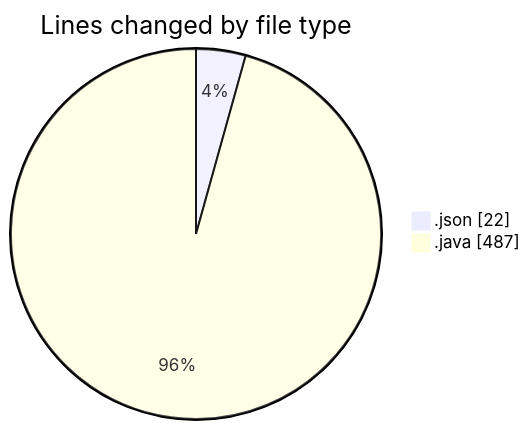
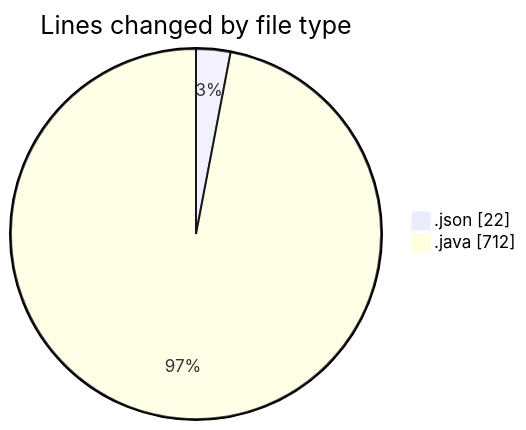
The first of 2 diagrams in 2025-02-23/codepack/README.md (charlie-sans/code-tracking), drawn with Mermaid before and after one commit. The commit also changed other lines of this file and 1 other file, not shown here.

````diff
--- a/2025-02-23/codepack/README.md
+++ b/2025-02-23/codepack/README.md
@@ -21,6 +22,6 @@
 ```mermaid
 pie showData
 title Lines changed by file type
 ".json" : 22
-".java" : 487
+".java" : 712
 ```
````
